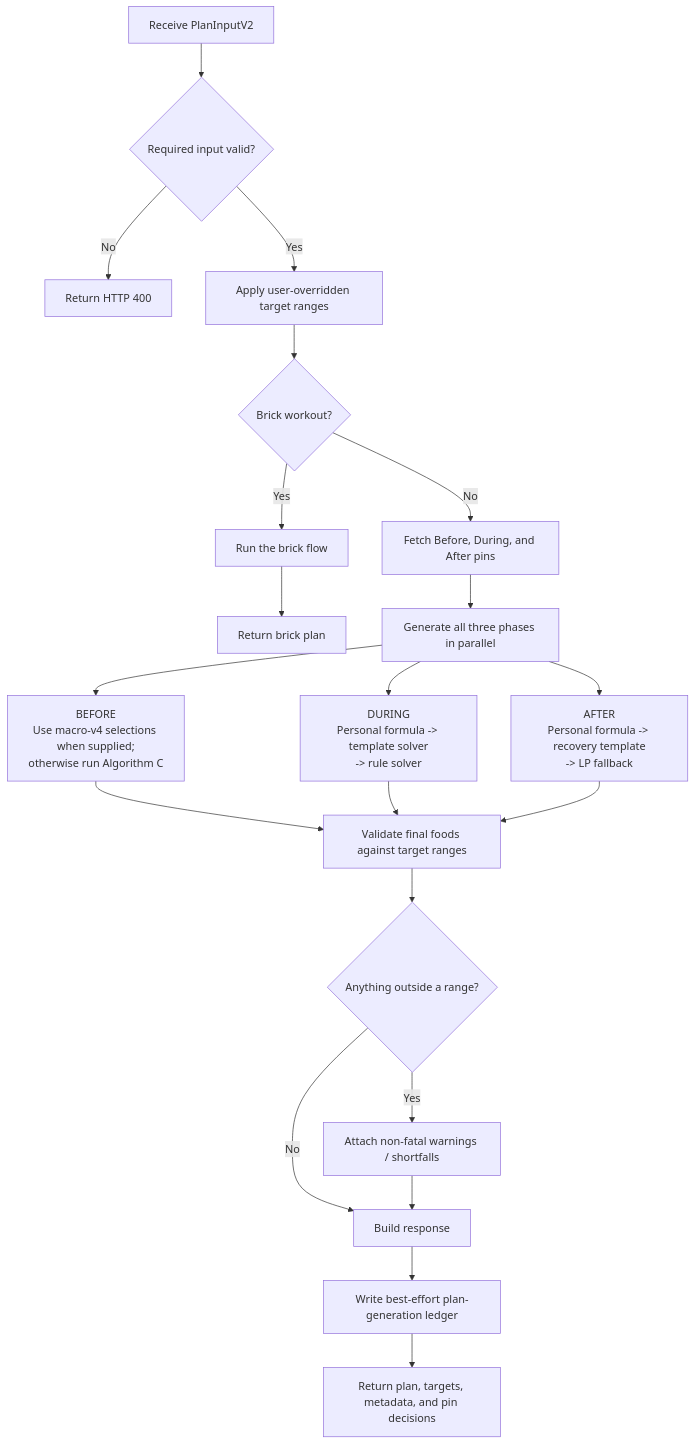
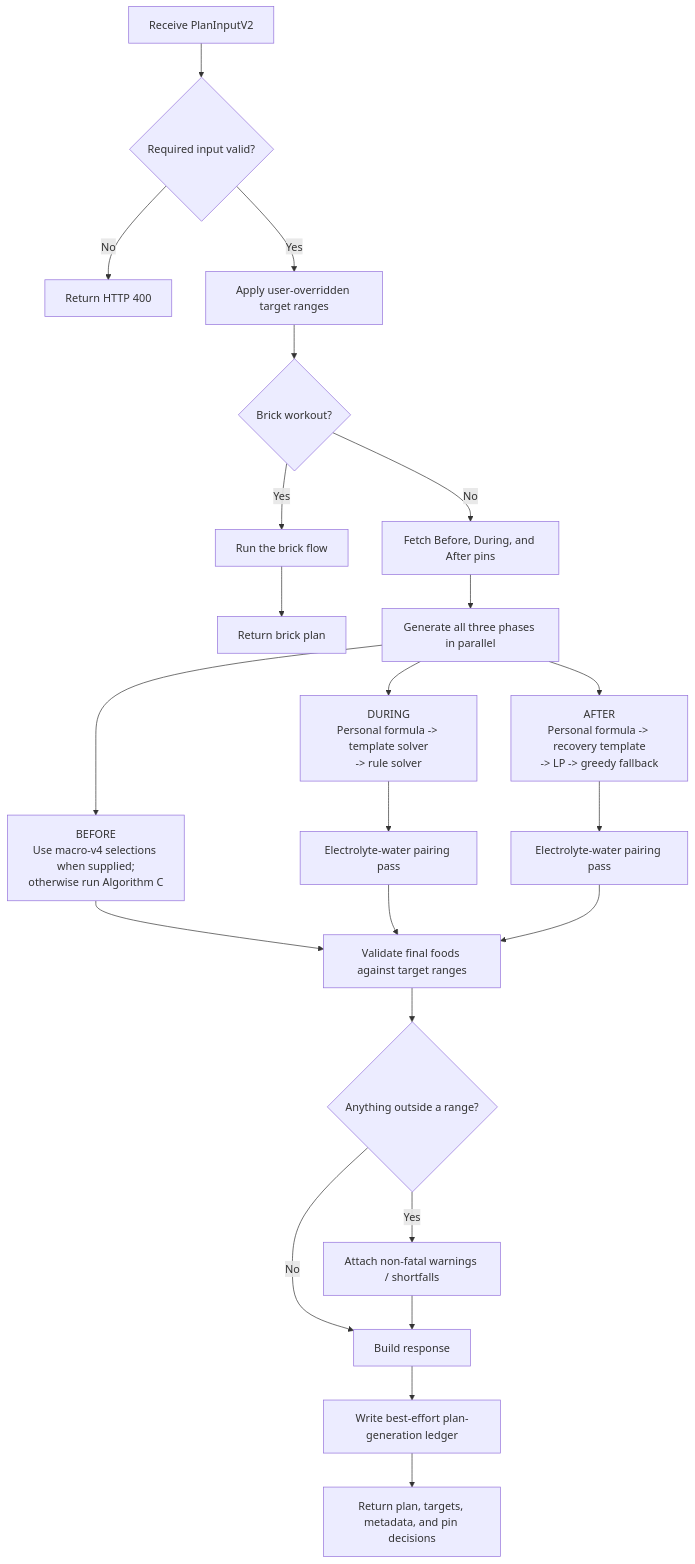
Before and after one commit to milkmanfunddev-ops/mealvana_endurance: the first of 5 diagrams in docs/business_logic/nutrition-plan-v3-algorithm.md, drawn with Mermaid. The commit also changed other lines of this file and 12 other files, not shown here.

First line of the commit message:
docs(nutrition): bring v3 algorithm flowchart up to date; regenerate diagrams

````diff
--- a/docs/business_logic/nutrition-plan-v3-algorithm.md
+++ b/docs/business_logic/nutrition-plan-v3-algorithm.md
@@ -32,27 +32,30 @@
 ```mermaid
 flowchart TD
     A["Receive PlanInputV2"] --> B{"Required input valid?"}
     B -- "No" --> C["Return HTTP 400"]
     B -- "Yes" --> D["Apply user-overridden target ranges"]
     D --> E{"Brick workout?"}
 
     E -- "Yes" --> BRICK["Run the brick flow"]
     BRICK --> R2["Return brick plan"]
 
     E -- "No" --> P["Fetch Before, During, and After pins"]
     P --> PAR["Generate all three phases in parallel"]
 
     PAR --> BF["BEFORE<br/>Use macro-v4 selections when supplied;<br/>otherwise run Algorithm C"]
     PAR --> DU["DURING<br/>Personal formula -> template solver<br/>-> rule solver"]
-    PAR --> AF["AFTER<br/>Personal formula -> recovery template<br/>-> LP fallback"]
+    PAR --> AF["AFTER<br/>Personal formula -> recovery template<br/>-> LP -> greedy fallback"]
+
+    DU --> EWD["Electrolyte-water pairing pass"]
+    AF --> EWA["Electrolyte-water pairing pass"]
 
     BF --> V["Validate final foods against target ranges"]
-    DU --> V
-    AF --> V
+    EWD --> V
+    EWA --> V
     V --> W{"Anything outside a range?"}
     W -- "Yes" --> WARN["Attach non-fatal warnings / shortfalls"]
     W -- "No" --> RESP["Build response"]
     WARN --> RESP
     RESP --> LOG["Write best-effort plan-generation ledger"]
     LOG --> R["Return plan, targets, metadata, and pin decisions"]
 ```
````
